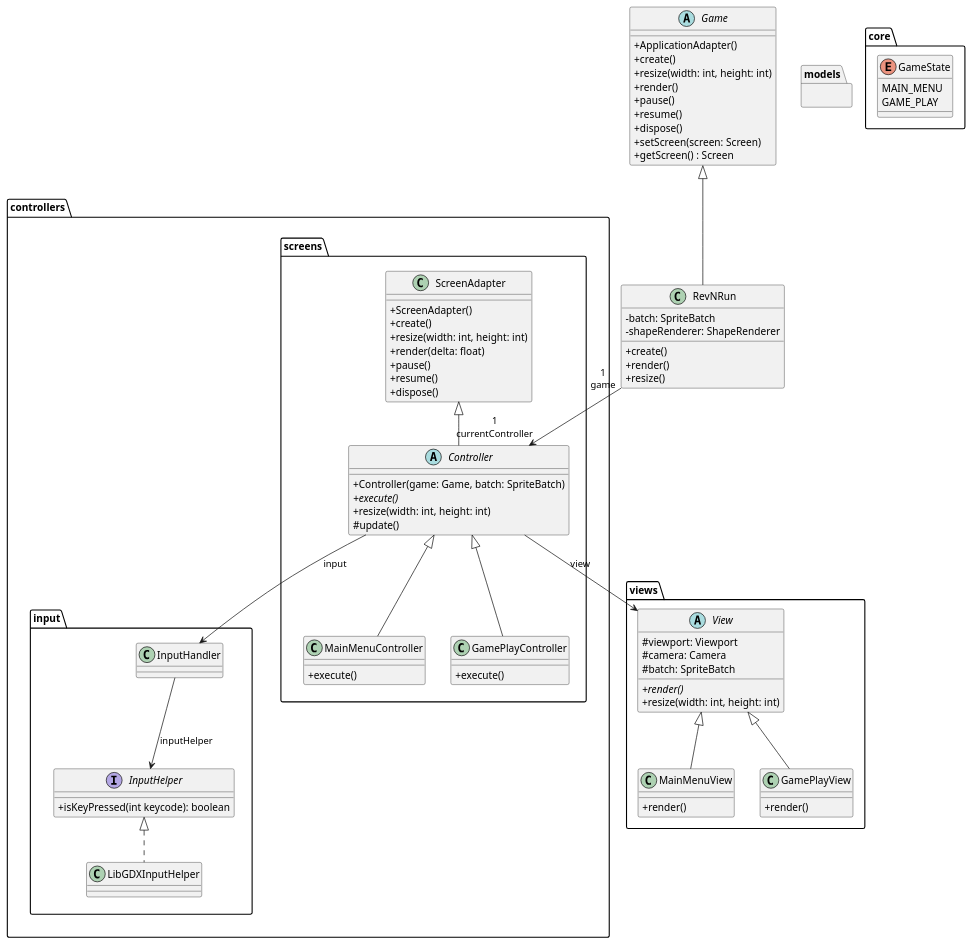
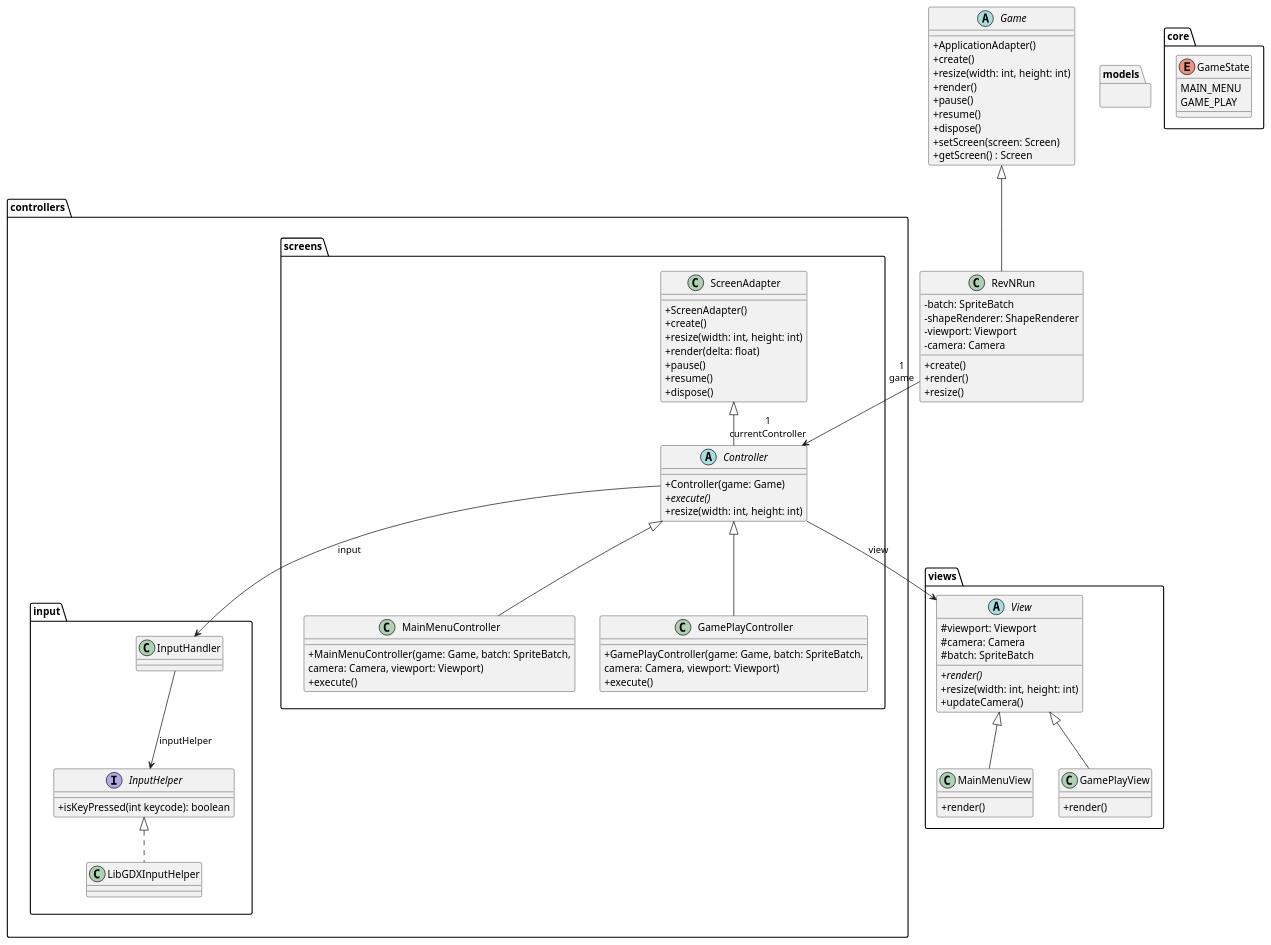
The diagram in diagrams/uml/MVC.puml (Rev-N-Run/rev-n-run), drawn with PlantUML before and after one commit. The commit also changed 7 other files, not shown here.

```diff
--- a/diagrams/uml/MVC.puml
+++ b/diagrams/uml/MVC.puml
@@ -1,105 +1,112 @@
 @startuml
 skinparam classAttributeIconSize 0
 
 abstract class Game {
     + ApplicationAdapter()
     + create()
     + resize(width: int, height: int)
     + render()
     + pause()
     + resume()
     + dispose()
     + setScreen(screen: Screen)
     + getScreen() : Screen
 }
 
 
 class RevNRun extends Game {
     - batch: SpriteBatch
     - shapeRenderer: ShapeRenderer
+    - viewport: Viewport
+    - camera: Camera
+
     + create()
     + render()
     + resize()
 }
 
 package controllers {
     package screens {
         class ScreenAdapter {
             + ScreenAdapter()
             + create()
             + resize(width: int, height: int)
             + render(delta: float)
             + pause()
             + resume()
             + dispose()
         }
 
         abstract class Controller extends ScreenAdapter {
-            + Controller(game: Game, batch: SpriteBatch)
+            + Controller(game: Game)
             + {abstract}execute()
             + resize(width: int, height: int)
-            # update()
         }
 
         class MainMenuController extends Controller {
+            + MainMenuController(game: Game, batch: SpriteBatch,
+                camera: Camera, viewport: Viewport)
             + execute()
         }
 
         class GamePlayController extends Controller {
+            + GamePlayController(game: Game, batch: SpriteBatch,
+                camera: Camera, viewport: Viewport)
             + execute()
         }
     }
 
     package input {
         interface InputHelper {
             + isKeyPressed(int keycode): boolean
         }
 
         class LibGDXInputHelper implements InputHelper {
 
         }
 
         class InputHandler {
 
         }
     }
 }
 
 package views {
     abstract class View {
         # viewport: Viewport
         # camera: Camera
         # batch: SpriteBatch
 
         + {abstract} render()
         + resize(width: int, height: int)
+        + updateCamera()
     }
 
     class MainMenuView extends View{
         +render()
     }
 
     class GamePlayView extends View {
         +render()
     }
 }
 
 package models {
 
 }
 
 package core {
     enum GameState {
         MAIN_MENU
         GAME_PLAY
     }
 }
 
 RevNRun "1\ngame" --> "1\ncurrentController" Controller
 Controller --> View : view
 Controller --> InputHandler : input
 InputHandler --> InputHelper : inputHelper
 
 input -[hidden]right- screens
 
 @enduml
```
